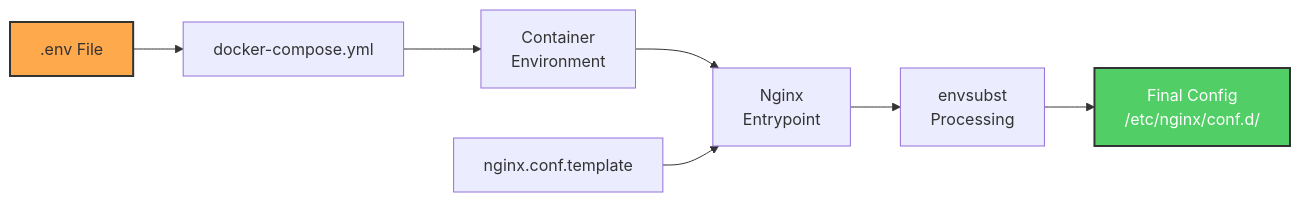
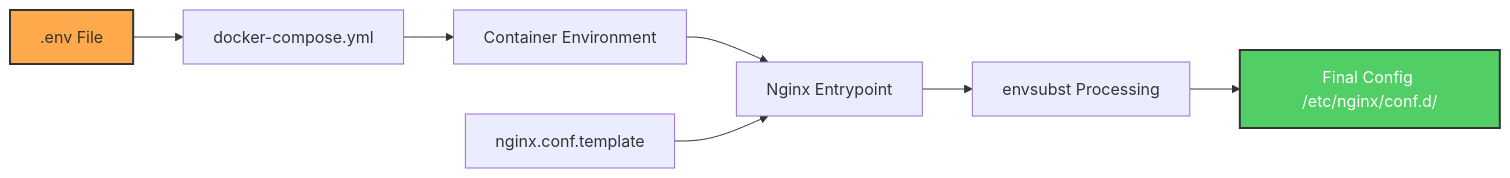
Before and after one commit to softwarewrighter/dev-proxy: the first of 4 diagrams in wiki/Configuration.md, drawn with Mermaid. The commit also changed other lines of this file and 6 other files, not shown here.

First line of the commit message:
Fix wiki Mermaid diagrams: remove <br/> tags

````diff
--- a/wiki/Configuration.md
+++ b/wiki/Configuration.md
@@ -20,12 +20,12 @@
 ```mermaid
 graph LR
     EnvFile[.env File] --> Compose[docker-compose.yml]
-    Compose --> Container[Container<br/>Environment]
-    Container --> Entrypoint[Nginx<br/>Entrypoint]
+    Compose --> Container[Container Environment]
+    Container --> Entrypoint[Nginx Entrypoint]
     Template[nginx.conf.template] --> Entrypoint
-    Entrypoint --> Envsubst[envsubst<br/>Processing]
-    Envsubst --> Final[Final Config<br/>/etc/nginx/conf.d/]
+    Entrypoint --> Envsubst[envsubst Processing]
+    Envsubst --> Final[Final Config /etc/nginx/conf.d/]
 
     style EnvFile fill:#ffa94d,stroke:#333,stroke-width:2px
     style Final fill:#51cf66,stroke:#333,stroke-width:2px,color:#fff
 ```
````
